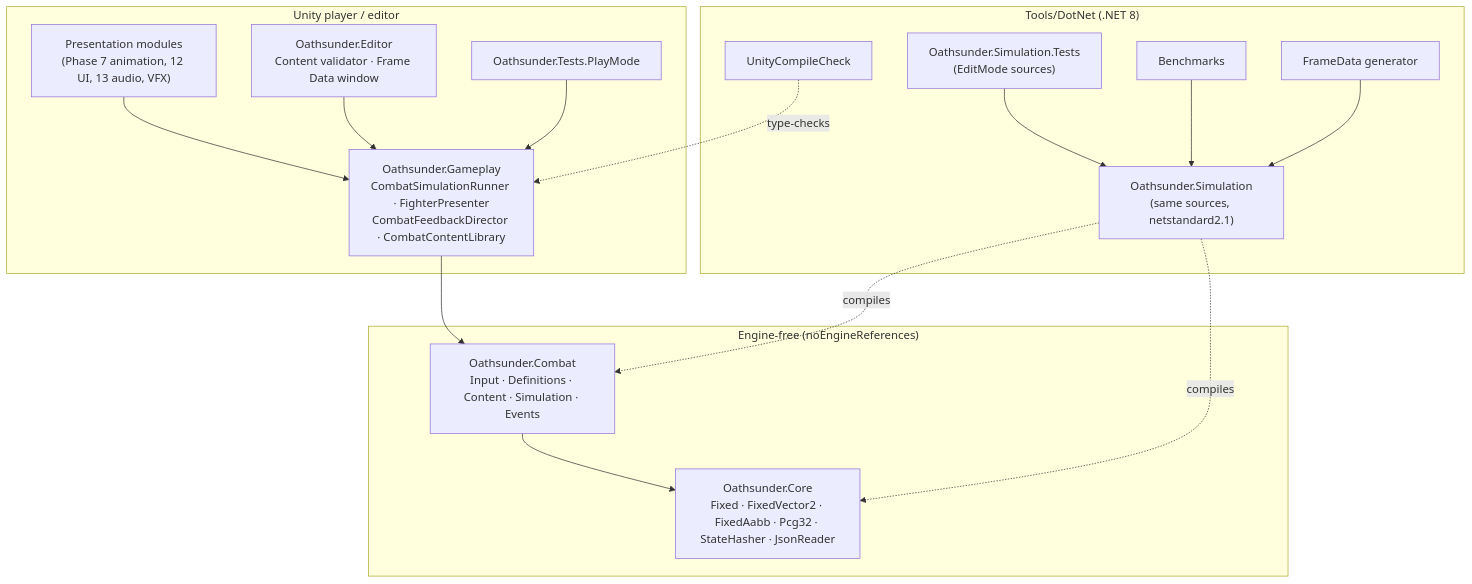
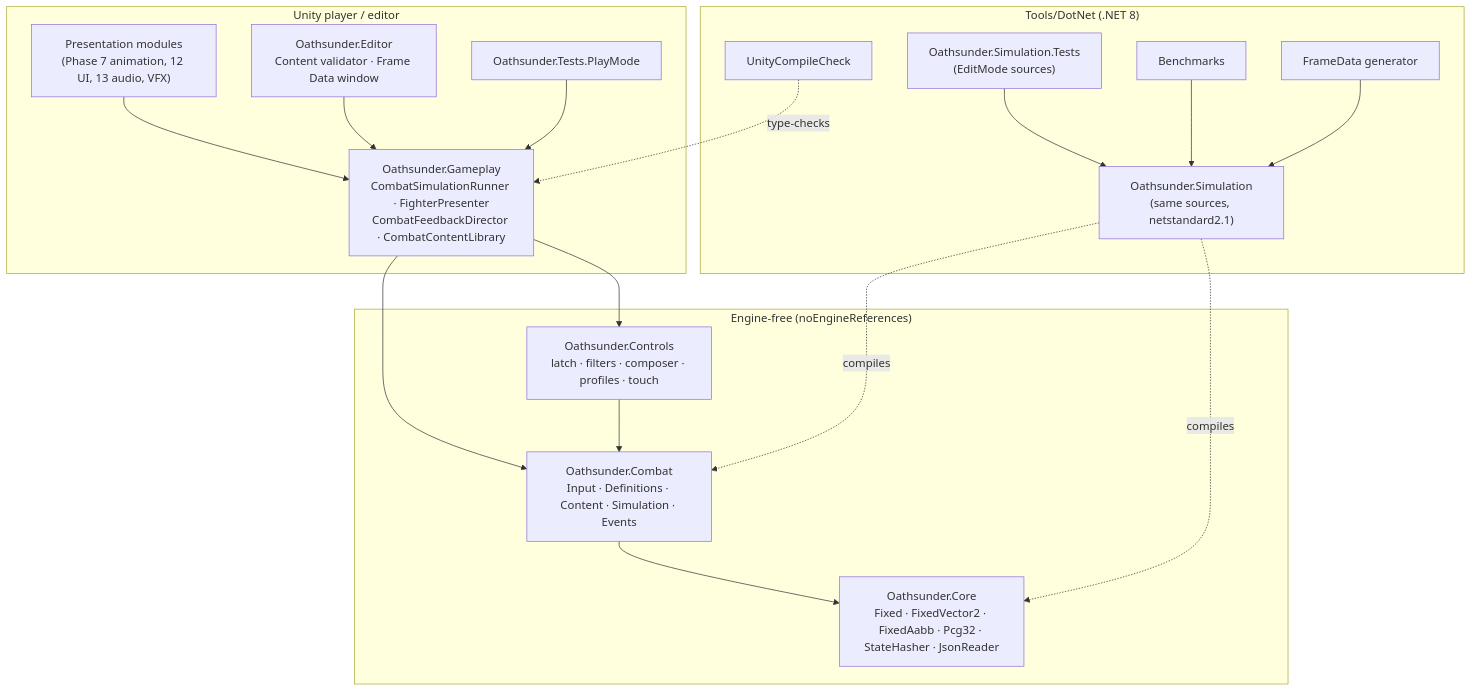
The first of 4 diagrams in games/Oathsunder/Documentation/03-TechnicalArchitecture.md (amirdev-bit/awesome-ai-workflows), drawn with Mermaid before and after one commit. The commit also changed other lines of this file and 22 other files, not shown here.

````diff
--- a/games/Oathsunder/Documentation/03-TechnicalArchitecture.md
+++ b/games/Oathsunder/Documentation/03-TechnicalArchitecture.md
@@ -22,31 +22,34 @@
 ```mermaid
 flowchart TB
     subgraph Unity["Unity player / editor"]
         Presentation["Presentation modules<br/>(Phase 7 animation, 12 UI, 13 audio, VFX)"]
         Gameplay["Oathsunder.Gameplay<br/>CombatSimulationRunner · FighterPresenter<br/>CombatFeedbackDirector · CombatContentLibrary"]
         Editor["Oathsunder.Editor<br/>Content validator · Frame Data window"]
         PlayTests["Oathsunder.Tests.PlayMode"]
     end
     subgraph Pure["Engine-free (noEngineReferences)"]
         Combat["Oathsunder.Combat<br/>Input · Definitions · Content · Simulation · Events"]
+        Controls["Oathsunder.Controls<br/>latch · filters · composer · profiles · touch"]
         Core["Oathsunder.Core<br/>Fixed · FixedVector2 · FixedAabb · Pcg32 · StateHasher · JsonReader"]
     end
     subgraph Tools["Tools/DotNet (.NET 8)"]
         Sim["Oathsunder.Simulation<br/>(same sources, netstandard2.1)"]
         Tests["Oathsunder.Simulation.Tests<br/>(EditMode sources)"]
         Bench["Benchmarks"]
         FD["FrameData generator"]
         Stub["UnityCompileCheck"]
     end
     Presentation --> Gameplay
     Gameplay --> Combat
+    Gameplay --> Controls
+    Controls --> Combat
     Editor --> Gameplay
     PlayTests --> Gameplay
     Combat --> Core
     Sim -.compiles.-> Combat
     Sim -.compiles.-> Core
     Tests --> Sim
     Bench --> Sim
     FD --> Sim
     Stub -.type-checks.-> Gameplay
 ```
````
